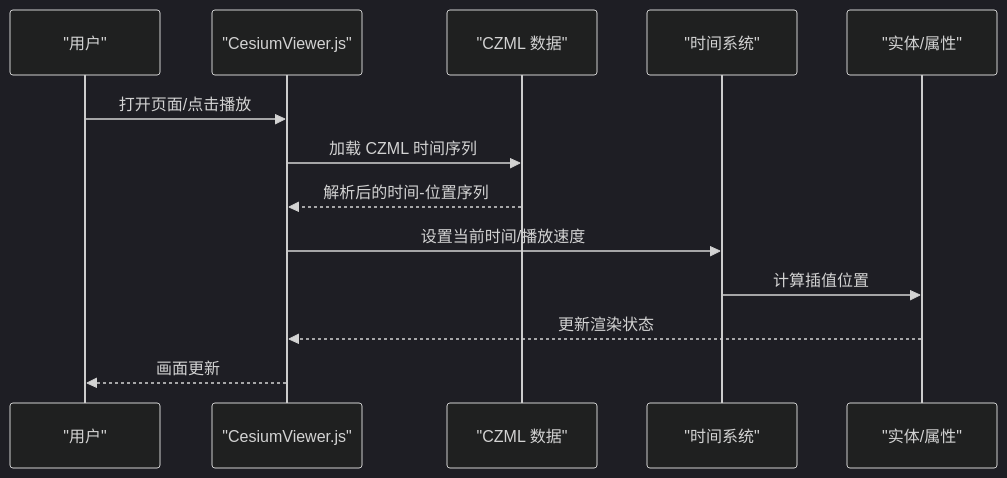
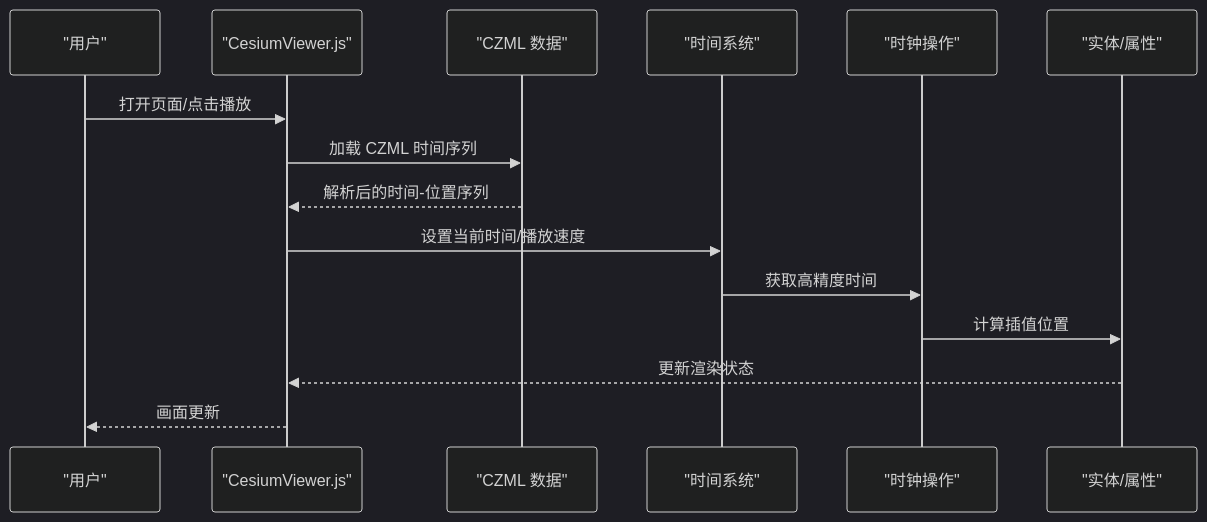
Before and after one commit to rzhangjing/cesium: the third of 6 diagrams in .qoder/repowiki/zh/content/核心概念/时间管理系统.md, drawn with Mermaid (dark theme). The commit also changed other lines of this file and 92 other files, not shown here.

````diff
--- a/.qoder/repowiki/zh/content/核心概念/时间管理系统.md
+++ b/.qoder/repowiki/zh/content/核心概念/时间管理系统.md
@@ -200,15 +290,17 @@
 ```mermaid
 sequenceDiagram
 participant U as "用户"
 participant V as "CesiumViewer.js"
 participant Z as "CZML 数据"
 participant T as "时间系统"
+participant C as "时钟操作"
 participant E as "实体/属性"
 U->>V : 打开页面/点击播放
 V->>Z : 加载 CZML 时间序列
 Z-->>V : 解析后的时间-位置序列
 V->>T : 设置当前时间/播放速度
-T->>E : 计算插值位置
+T->>C : 获取高精度时间
+C->>E : 计算插值位置
 E-->>V : 更新渲染状态
 V-->>U : 画面更新
 ```
````
